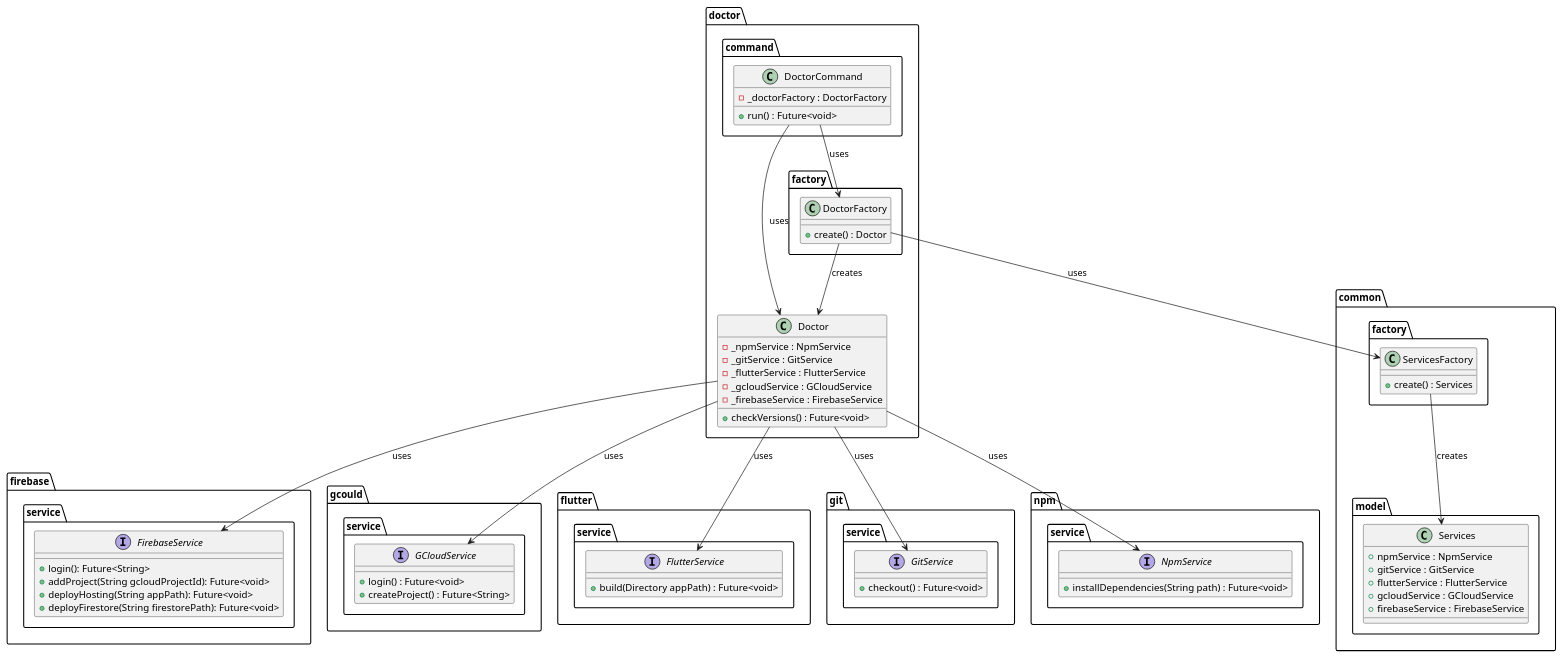
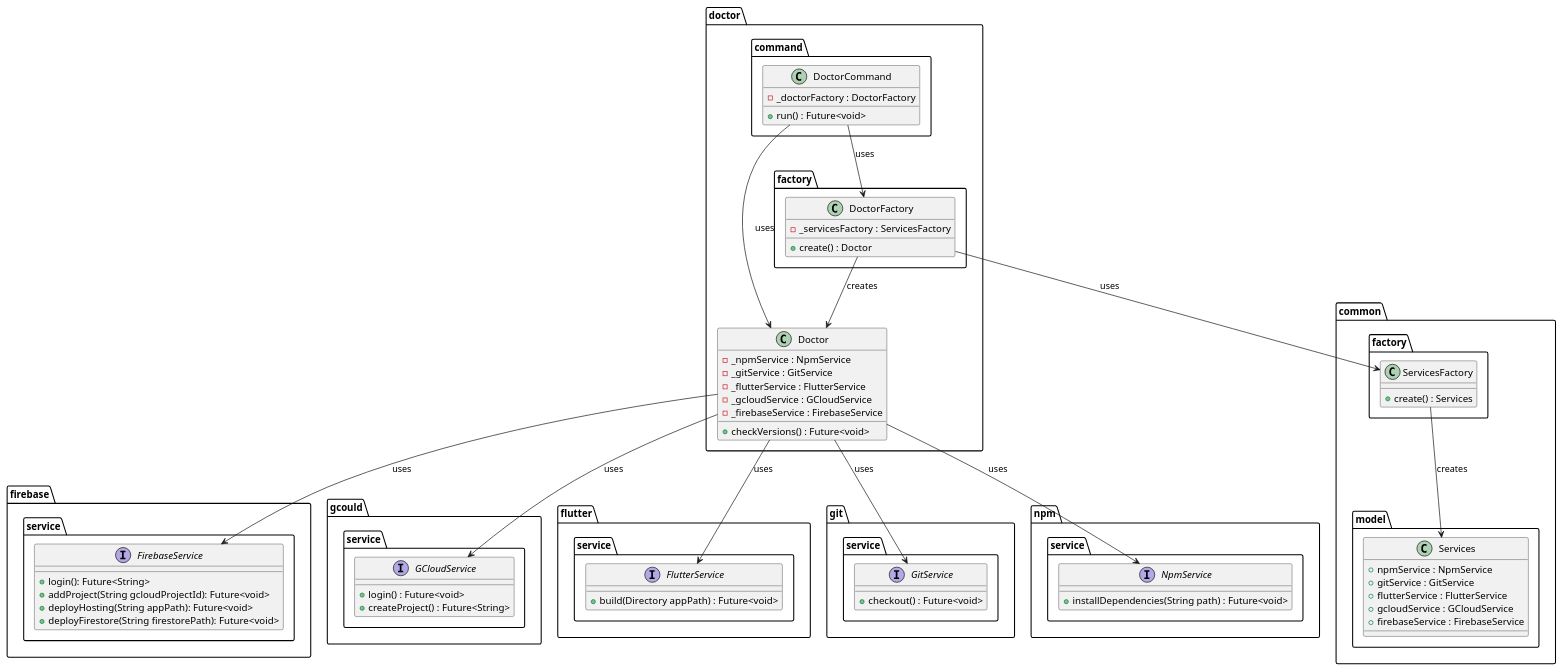
One commit to Flank/flank-dashboard changed the diagram in metrics/cli/docs/diagrams/doctor_command_class_diagram.puml. Above: the diagram before and after it, drawn with PlantUML. The commit also changed 4 other files, not shown here.

Commit message:
Minor document and diagram improvements

```diff
--- a/metrics/cli/docs/diagrams/doctor_command_class_diagram.puml
+++ b/metrics/cli/docs/diagrams/doctor_command_class_diagram.puml
@@ -1,93 +1,94 @@
 @startuml doctor_command_class_diagram
 
 package firebase.service {
     interface FirebaseService {
         + login(): Future<String>
         + addProject(String gcloudProjectId): Future<void>
         + deployHosting(String appPath): Future<void>
         + deployFirestore(String firestorePath): Future<void>
     }
 }
 
 package gcould.service {
     interface GCloudService {
         + login() : Future<void>
         + createProject() : Future<String>
     }
 }
 
 package flutter.service {
     interface FlutterService  {
         + build(Directory appPath) : Future<void>
     }
 }
 
 package git.service{
     interface GitService  {
         + checkout() : Future<void>
     }
 }
 
 package npm.service {
     interface NpmService  {
         + installDependencies(String path) : Future<void>
     }
 }
 
 package common {
     package model {
         class Services {
             + npmService : NpmService
             + gitService : GitService
             + flutterService : FlutterService
             + gcloudService : GCloudService
             + firebaseService : FirebaseService
         }
     }
 
     package factory as common.factory{
         class ServicesFactory {
             + create() : Services
         }
     }
 }
 
 package doctor {
     package command {
         class DoctorCommand {
             - _doctorFactory : DoctorFactory
             + run() : Future<void>
         }
     }
 
     package factory {
         class DoctorFactory {
+            - _servicesFactory : ServicesFactory
             + create() : Doctor
         }
     }
 
     class Doctor {
         - _npmService : NpmService
         - _gitService : GitService
         - _flutterService : FlutterService
         - _gcloudService : GCloudService
         - _firebaseService : FirebaseService
         + checkVersions() : Future<void>
     }
 }
 
 DoctorCommand -down-> Doctor : uses
 DoctorCommand --> DoctorFactory : uses
 
 DoctorFactory --> Doctor : creates
 DoctorFactory --> ServicesFactory : uses
 
 ServicesFactory --> Services : creates
 
 Doctor -down-> NpmService : uses
 Doctor -down-> GitService : uses
 Doctor -down-> FlutterService : uses
 Doctor -down-> GCloudService : uses
 Doctor -down-> FirebaseService : uses
 
 @enduml
```
